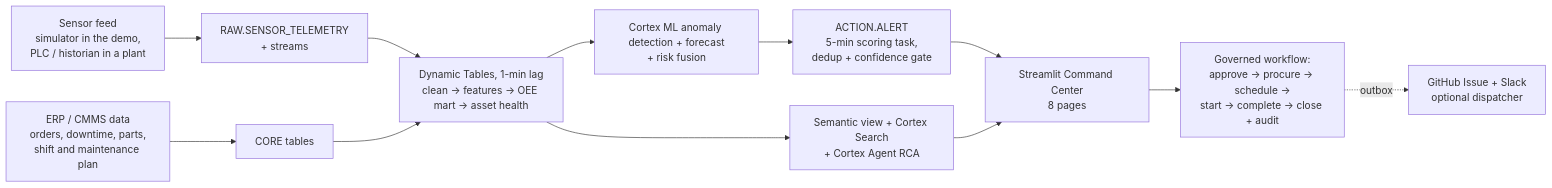
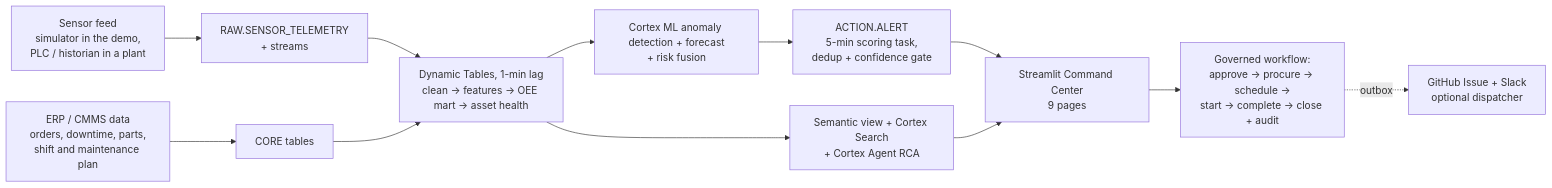
The diagram in README.md (SreekarReddyMarpadaga/AegisOEE), drawn with Mermaid before and after one commit. The commit also changed other lines of this file and 28 other files, not shown here.

````diff
--- a/README.md
+++ b/README.md
@@ -34,14 +34,14 @@
 ```mermaid
 flowchart LR
     SIM[Sensor feed<br/>simulator in the demo,<br/>PLC / historian in a plant] --> RAW[RAW.SENSOR_TELEMETRY<br/>+ streams]
     ERP[ERP / CMMS data<br/>orders, downtime, parts,<br/>shift and maintenance plan] --> CORE[CORE tables]
     RAW --> DT[Dynamic Tables, 1-min lag<br/>clean -> features -> OEE mart -> asset health]
     CORE --> DT
     DT --> ML[Cortex ML anomaly detection + forecast<br/>+ risk fusion]
     ML --> AL[ACTION.ALERT<br/>5-min scoring task,<br/>dedup + confidence gate]
     DT --> SEM[Semantic view + Cortex Search<br/>+ Cortex Agent RCA]
     AL --> APP
-    SEM --> APP[Streamlit Command Center<br/>8 pages]
+    SEM --> APP[Streamlit Command Center<br/>9 pages]
     APP --> WF[Governed workflow:<br/>approve -> procure -> schedule -><br/>start -> complete -> close + audit]
     WF -. outbox .-> EXT[GitHub Issue + Slack<br/>optional dispatcher]
 ```
````
